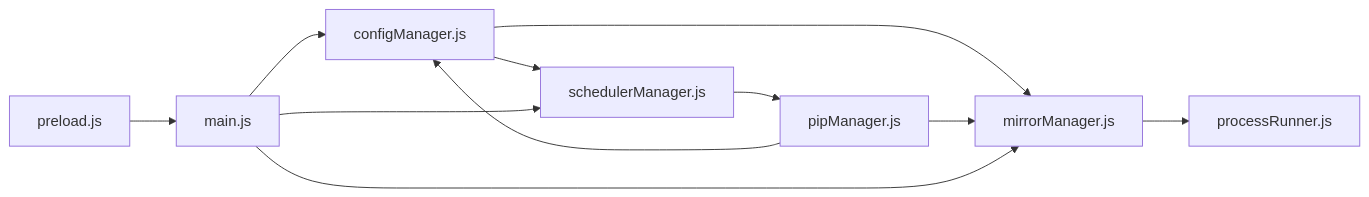
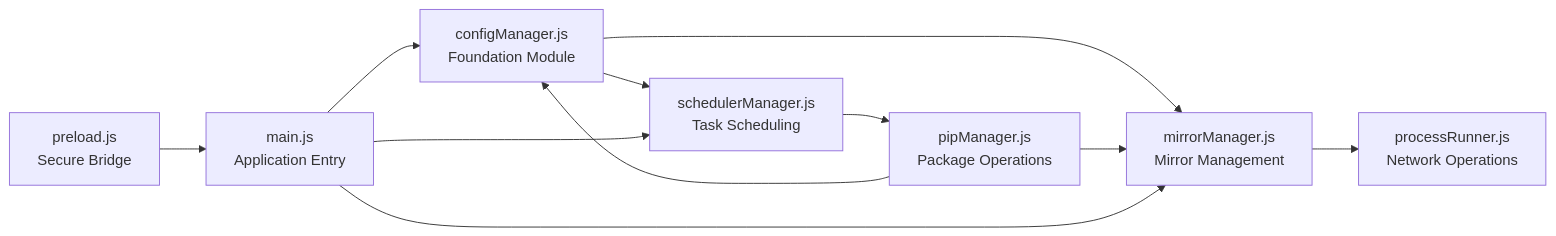
The seventh of 7 diagrams in docs/en/content/Core Features/Configuration System/Configuration System.md (SoftheartedYYC/PyLibMaster), drawn with Mermaid before and after one commit. The commit also changed other lines of this file and 72 other files, not shown here.

````diff
--- a/docs/en/content/Core Features/Configuration System/Configuration System.md
+++ b/docs/en/content/Core Features/Configuration System/Configuration System.md
@@ -310,13 +347,13 @@
 ```mermaid
 graph LR
-CM["configManager.js"] --> MM["mirrorManager.js"]
-CM --> SM["schedulerManager.js"]
-MM --> PR["processRunner.js"]
-SM --> PM["pipManager.js"]
+CM["configManager.js<br/>Foundation Module"] --> MM["mirrorManager.js<br/>Mirror Management"]
+CM --> SM["schedulerManager.js<br/>Task Scheduling"]
+MM --> PR["processRunner.js<br/>Network Operations"]
+SM --> PM["pipManager.js<br/>Package Operations"]
 PM --> CM
 PM --> MM
-MAIN["main.js"] --> CM
+MAIN["main.js<br/>Application Entry"] --> CM
 MAIN --> MM
 MAIN --> SM
-PRELOAD["preload.js"] --> MAIN
+PRELOAD["preload.js<br/>Secure Bridge"] --> MAIN
 ```
````
